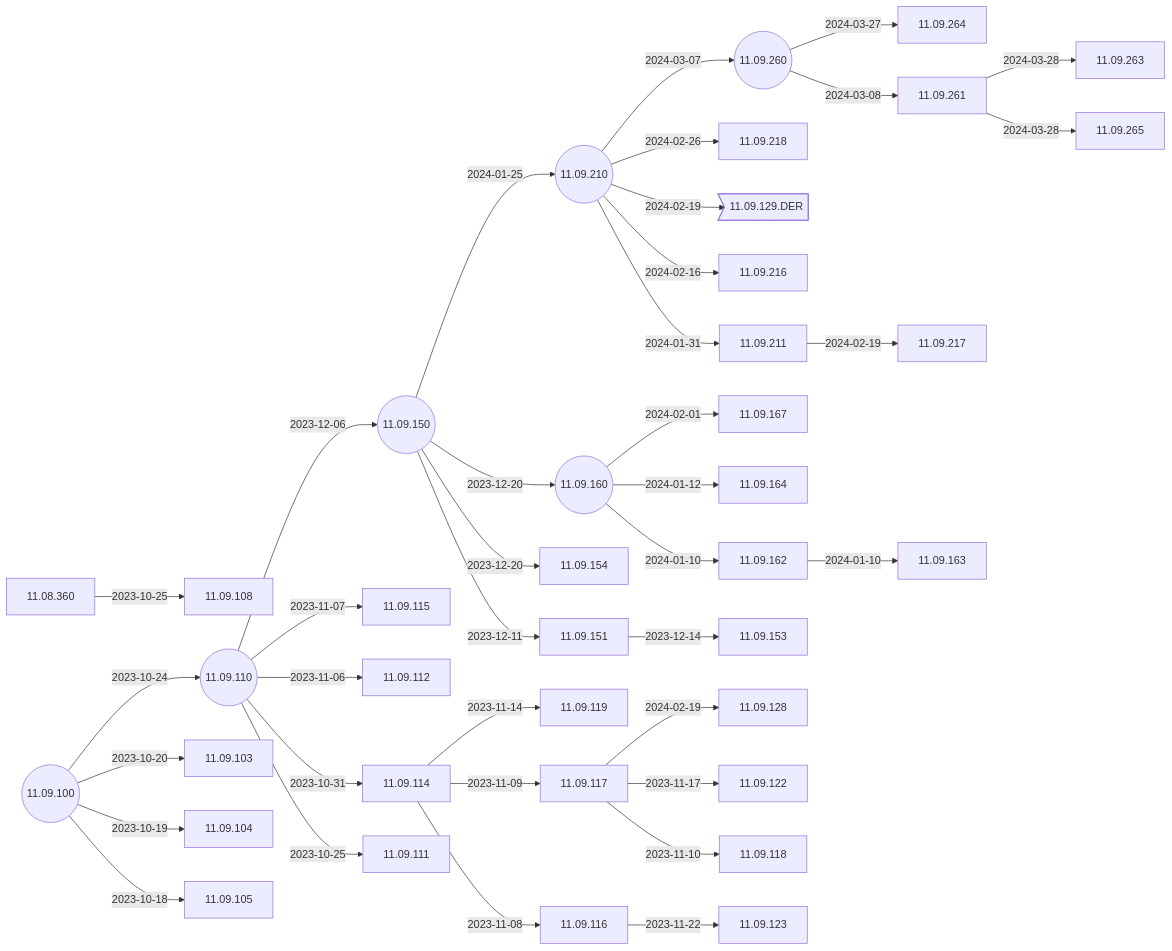
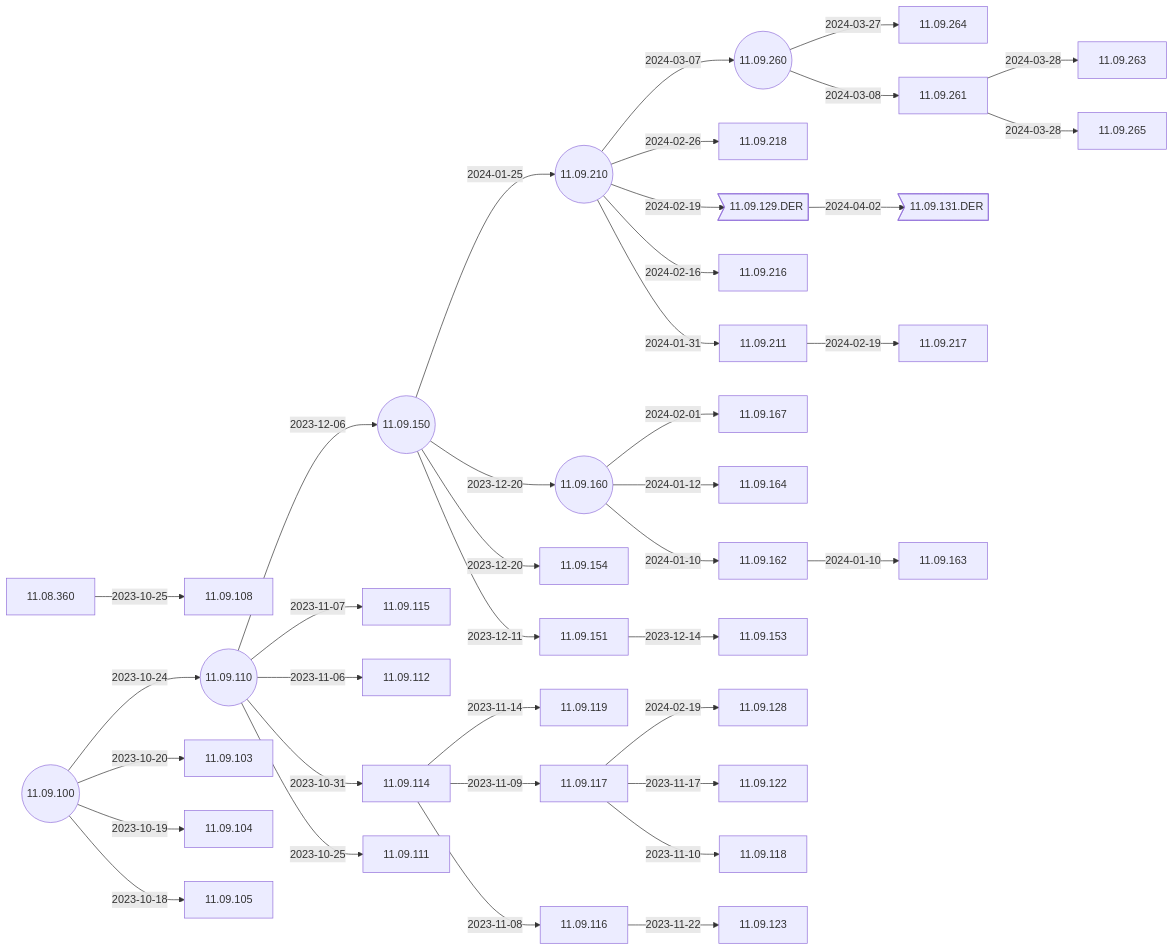
The second of 5 diagrams in docs/Docs/ReleaseNotes/01-OS11/README.md (IGEL-Community/IGEL-Docs-v02), drawn with Mermaid before and after one commit. The commit also changed other lines of this file and 4 other files, not shown here.

````diff
--- a/docs/Docs/ReleaseNotes/01-OS11/README.md
+++ b/docs/Docs/ReleaseNotes/01-OS11/README.md
@@ -41,77 +41,79 @@
 ```mermaid
 flowchart LR
+    11.09.129.DER-- 2024-04-02 -->11.09.131.DER>11.09.131.DER]
     11.09.261-- 2024-03-28 -->11.09.263
     11.09.261-- 2024-03-28 -->11.09.265
     11.09.260-- 2024-03-27 -->11.09.264
     11.09.260-- 2024-03-08 -->11.09.261
     11.09.210-- 2024-03-07 -->11.09.260((11.09.260))
     11.09.210-- 2024-02-26 -->11.09.218
     11.09.210-- 2024-02-19 -->11.09.129.DER>11.09.129.DER]
     11.09.211-- 2024-02-19 -->11.09.217
     11.09.117-- 2024-02-19 -->11.09.128
     11.09.210-- 2024-02-16 -->11.09.216
     11.09.160-- 2024-02-01 -->11.09.167
     11.09.210-- 2024-01-31 -->11.09.211
     11.09.150-- 2024-01-25 -->11.09.210((11.09.210))
     11.09.162-- 2024-01-10 -->11.09.163
     11.09.160-- 2024-01-12 -->11.09.164
     11.09.160-- 2024-01-10 -->11.09.162
     11.09.150-- 2023-12-20 -->11.09.160((11.09.160))
     11.09.150-- 2023-12-20 -->11.09.154
     11.09.151-- 2023-12-14 -->11.09.153
     11.09.150-- 2023-12-11 -->11.09.151
     11.09.110-- 2023-12-06 -->11.09.150((11.09.150))
     11.09.116-- 2023-11-22 -->11.09.123
     11.09.117-- 2023-11-17 -->11.09.122
     11.09.114-- 2023-11-14 -->11.09.119
     11.09.117-- 2023-11-10 -->11.09.118
     11.09.114-- 2023-11-09 -->11.09.117
     11.09.114-- 2023-11-08 -->11.09.116
     11.09.110-- 2023-11-07 -->11.09.115
     11.09.110-- 2023-11-06 -->11.09.112
     11.09.110-- 2023-10-31 -->11.09.114
     11.08.360-- 2023-10-25 -->11.09.108
     11.09.110-- 2023-10-25 -->11.09.111
     11.09.100-- 2023-10-24 -->11.09.110((11.09.110))
     11.09.100-- 2023-10-20 -->11.09.103
     11.09.100-- 2023-10-19 -->11.09.104
     11.09.100-- 2023-10-18 -->11.09.105
     11.09.100((11.09.100))
+    click 11.09.131.DER "https://github.com/IGEL-Community/IGEL-Docs-v02/tree/main/docs/Docs/ReleaseNotes/01-OS11/readme11.09.131.DER.txt" _blank
     click 11.09.263 "https://github.com/IGEL-Community/IGEL-Docs-v02/tree/main/docs/Docs/ReleaseNotes/01-OS11/readme11.09.263.txt" _blank
     click 11.09.265 "https://github.com/IGEL-Community/IGEL-Docs-v02/tree/main/docs/Docs/ReleaseNotes/01-OS11/readme11.09.265.txt" _blank
     click 11.09.264 "https://github.com/IGEL-Community/IGEL-Docs-v02/tree/main/docs/Docs/ReleaseNotes/01-OS11/readme11.09.264.txt" _blank
     click 11.09.261 "https://github.com/IGEL-Community/IGEL-Docs-v02/tree/main/docs/Docs/ReleaseNotes/01-OS11/readme11.09.261.txt" _blank
     click 11.09.260 "https://github.com/IGEL-Community/IGEL-Docs-v02/tree/main/docs/Docs/ReleaseNotes/01-OS11/readme11.09.260.txt" _blank
     click 11.09.218 "https://github.com/IGEL-Community/IGEL-Docs-v02/tree/main/docs/Docs/ReleaseNotes/01-OS11/readme11.09.218.txt" _blank
     click 11.09.129.DER "https://github.com/IGEL-Community/IGEL-Docs-v02/tree/main/docs/Docs/ReleaseNotes/01-OS11/readme11.09.129.DER.txt" _blank
     click 11.09.217 "https://github.com/IGEL-Community/IGEL-Docs-v02/tree/main/docs/Docs/ReleaseNotes/01-OS11/readme11.09.217.txt" _blank
     click 11.09.128 "https://github.com/IGEL-Community/IGEL-Docs-v02/tree/main/docs/Docs/ReleaseNotes/01-OS11/readme11.09.128.txt" _blank
     click 11.09.216 "https://github.com/IGEL-Community/IGEL-Docs-v02/tree/main/docs/Docs/ReleaseNotes/01-OS11/readme11.09.216.txt" _blank
     click 11.09.167 "https://github.com/IGEL-Community/IGEL-Docs-v02/tree/main/docs/Docs/ReleaseNotes/01-OS11/readme11.09.167.txt" _blank
     click 11.09.211 "https://github.com/IGEL-Community/IGEL-Docs-v02/tree/main/docs/Docs/ReleaseNotes/01-OS11/readme11.09.211.txt" _blank
     click 11.09.210 "https://github.com/IGEL-Community/IGEL-Docs-v02/tree/main/docs/Docs/ReleaseNotes/01-OS11/readme11.09.210.txt" _blank
     click 11.09.163 "https://github.com/IGEL-Community/IGEL-Docs-v02/tree/main/docs/Docs/ReleaseNotes/01-OS11/readme11.09.163.txt" _blank
     click 11.09.164 "https://github.com/IGEL-Community/IGEL-Docs-v02/tree/main/docs/Docs/ReleaseNotes/01-OS11/readme11.09.164.txt" _blank
     click 11.09.162 "https://github.com/IGEL-Community/IGEL-Docs-v02/tree/main/docs/Docs/ReleaseNotes/01-OS11/readme11.09.162.txt" _blank
     click 11.09.160 "https://github.com/IGEL-Community/IGEL-Docs-v02/tree/main/docs/Docs/ReleaseNotes/01-OS11/readme11.09.160.txt" _blank
     click 11.09.154 "https://github.com/IGEL-Community/IGEL-Docs-v02/tree/main/docs/Docs/ReleaseNotes/01-OS11/readme11.09.154.txt" _blank
     click 11.09.153 "https://github.com/IGEL-Community/IGEL-Docs-v02/tree/main/docs/Docs/ReleaseNotes/01-OS11/readme11.09.153.txt" _blank
     click 11.09.151 "https://github.com/IGEL-Community/IGEL-Docs-v02/tree/main/docs/Docs/ReleaseNotes/01-OS11/readme11.09.151.txt" _blank
     click 11.09.150 "https://github.com/IGEL-Community/IGEL-Docs-v02/tree/main/docs/Docs/ReleaseNotes/01-OS11/readme11.09.150.txt" _blank
     click 11.09.123 "https://github.com/IGEL-Community/IGEL-Docs-v02/tree/main/docs/Docs/ReleaseNotes/01-OS11/readme11.09.123.txt" _blank
     click 11.09.122 "https://github.com/IGEL-Community/IGEL-Docs-v02/tree/main/docs/Docs/ReleaseNotes/01-OS11/readme11.09.122.txt" _blank
     click 11.09.119 "https://github.com/IGEL-Community/IGEL-Docs-v02/tree/main/docs/Docs/ReleaseNotes/01-OS11/readme11.09.119.txt" _blank
     click 11.09.118 "https://github.com/IGEL-Community/IGEL-Docs-v02/tree/main/docs/Docs/ReleaseNotes/01-OS11/readme11.09.118.txt" _blank
     click 11.09.117 "https://github.com/IGEL-Community/IGEL-Docs-v02/tree/main/docs/Docs/ReleaseNotes/01-OS11/readme11.09.117.txt" _blank
     click 11.09.116 "https://github.com/IGEL-Community/IGEL-Docs-v02/tree/main/docs/Docs/ReleaseNotes/01-OS11/readme11.09.116.txt" _blank
     click 11.09.115 "https://github.com/IGEL-Community/IGEL-Docs-v02/tree/main/docs/Docs/ReleaseNotes/01-OS11/readme11.09.115.txt" _blank
     click 11.09.112 "https://github.com/IGEL-Community/IGEL-Docs-v02/tree/main/docs/Docs/ReleaseNotes/01-OS11/readme11.09.112.txt" _blank
     click 11.09.114 "https://github.com/IGEL-Community/IGEL-Docs-v02/tree/main/docs/Docs/ReleaseNotes/01-OS11/readme11.09.114.txt" _blank
     click 11.09.108 "https://github.com/IGEL-Community/IGEL-Docs-v02/tree/main/docs/Docs/ReleaseNotes/01-OS11/readme11.09.108.txt" _blank
     click 11.09.111 "https://github.com/IGEL-Community/IGEL-Docs-v02/tree/main/docs/Docs/ReleaseNotes/01-OS11/readme11.09.111.txt" _blank
     click 11.09.110 "https://github.com/IGEL-Community/IGEL-Docs-v02/tree/main/docs/Docs/ReleaseNotes/01-OS11/readme11.09.110.txt" _blank
     click 11.09.103 "https://github.com/IGEL-Community/IGEL-Docs-v02/tree/main/docs/Docs/ReleaseNotes/01-OS11/readme11.09.103.txt" _blank
     click 11.09.104 "https://github.com/IGEL-Community/IGEL-Docs-v02/tree/main/docs/Docs/ReleaseNotes/01-OS11/readme11.09.104.txt" _blank
     click 11.09.105 "https://github.com/IGEL-Community/IGEL-Docs-v02/tree/main/docs/Docs/ReleaseNotes/01-OS11/readme11.09.105.txt" _blank
     click 11.09.100 "https://github.com/IGEL-Community/IGEL-Docs-v02/tree/main/docs/Docs/ReleaseNotes/01-OS11/readme11.09.100.txt" _blank
 ```
````
